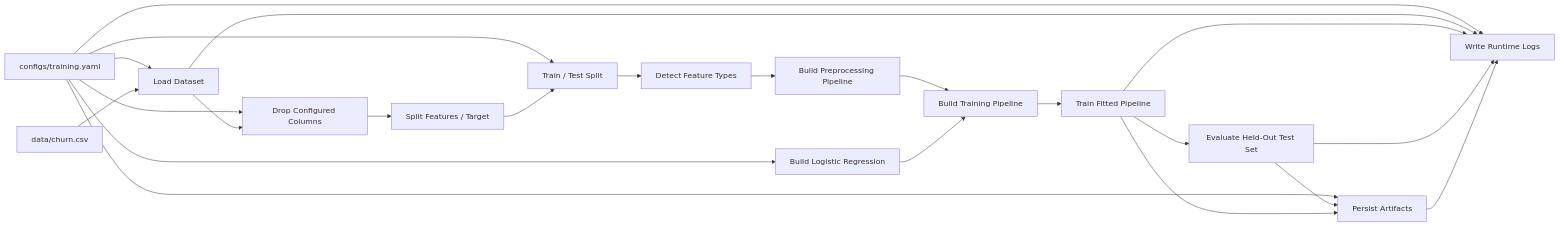
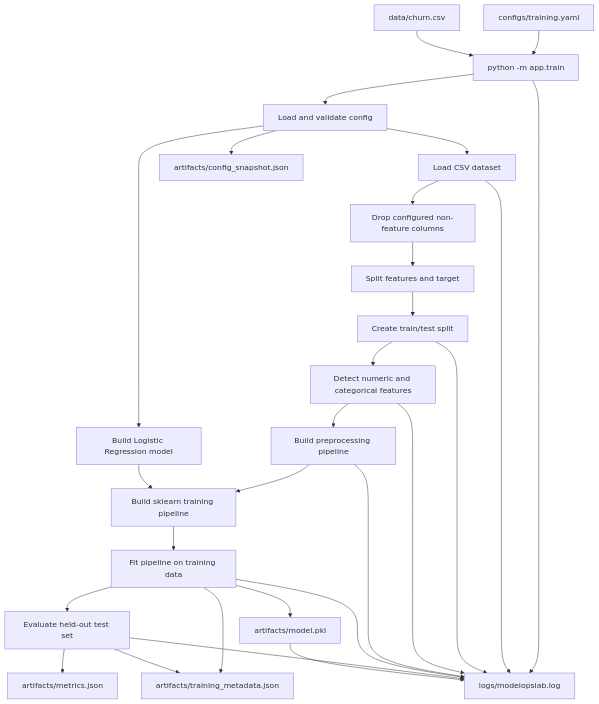
One commit to git4alauddin/model-ops-lab changed the diagram in docs/diagrams/v1_pipeline_flow.md. Above: the diagram before and after it, drawn with Mermaid. The commit also changed other lines of this file and 9 other files, not shown here.

````diff
--- a/docs/diagrams/v1_pipeline_flow.md
+++ b/docs/diagrams/v1_pipeline_flow.md
@@ -5,40 +7,56 @@
 ```mermaid
-flowchart LR
-  config["configs/training.yaml"]
-  data["data/churn.csv"]
-  load["Load Dataset"]
-  drop_cols["Drop Configured Columns"]
-  split_target["Split Features / Target"]
-  split_train["Train / Test Split"]
-  feature_types["Detect Feature Types"]
-  preprocess["Build Preprocessing Pipeline"]
-  model["Build Logistic Regression"]
-  pipeline["Build Training Pipeline"]
-  train["Train Fitted Pipeline"]
-  evaluate["Evaluate Held-Out Test Set"]
-  artifacts["Persist Artifacts"]
-  logs["Write Runtime Logs"]
+flowchart TD
+    config["configs/training.yaml"]
+    dataset["data/churn.csv"]
 
-  config --> load
-  config --> drop_cols
-  config --> split_train
-  config --> model
-  config --> artifacts
-  config --> logs
-  data --> load
-  load --> drop_cols
-  drop_cols --> split_target
-  split_target --> split_train
-  split_train --> feature_types
-  feature_types --> preprocess
-  preprocess --> pipeline
-  model --> pipeline
-  pipeline --> train
-  train --> evaluate
-  evaluate --> artifacts
-  train --> artifacts
-  load --> logs
-  train --> logs
-  evaluate --> logs
-  artifacts --> logs
+    command["python -m app.train"]
+
+    load_config["Load and validate config"]
+    load_data["Load CSV dataset"]
+    drop_cols["Drop configured non-feature columns"]
+    split_target["Split features and target"]
+    split_train["Create train/test split"]
+    feature_types["Detect numeric and categorical features"]
+    preprocessing["Build preprocessing pipeline"]
+    model["Build Logistic Regression model"]
+    pipeline["Build sklearn training pipeline"]
+    fit["Fit pipeline on training data"]
+    evaluate["Evaluate held-out test set"]
+
+    model_file["artifacts/model.pkl"]
+    metrics_file["artifacts/metrics.json"]
+    config_snapshot["artifacts/config_snapshot.json"]
+    metadata_file["artifacts/training_metadata.json"]
+    logs["logs/modelopslab.log"]
+
+    config --> command
+    dataset --> command
+
+    command --> load_config
+    load_config --> load_data
+    load_data --> drop_cols
+    drop_cols --> split_target
+    split_target --> split_train
+    split_train --> feature_types
+    feature_types --> preprocessing
+    preprocessing --> pipeline
+    model --> pipeline
+    load_config --> model
+    pipeline --> fit
+    fit --> evaluate
+
+    fit --> model_file
+    evaluate --> metrics_file
+    load_config --> config_snapshot
+    fit --> metadata_file
+    evaluate --> metadata_file
+
+    command --> logs
+    load_data --> logs
+    split_train --> logs
+    feature_types --> logs
+    preprocessing --> logs
+    fit --> logs
+    evaluate --> logs
+    model_file --> logs
 ```
````
